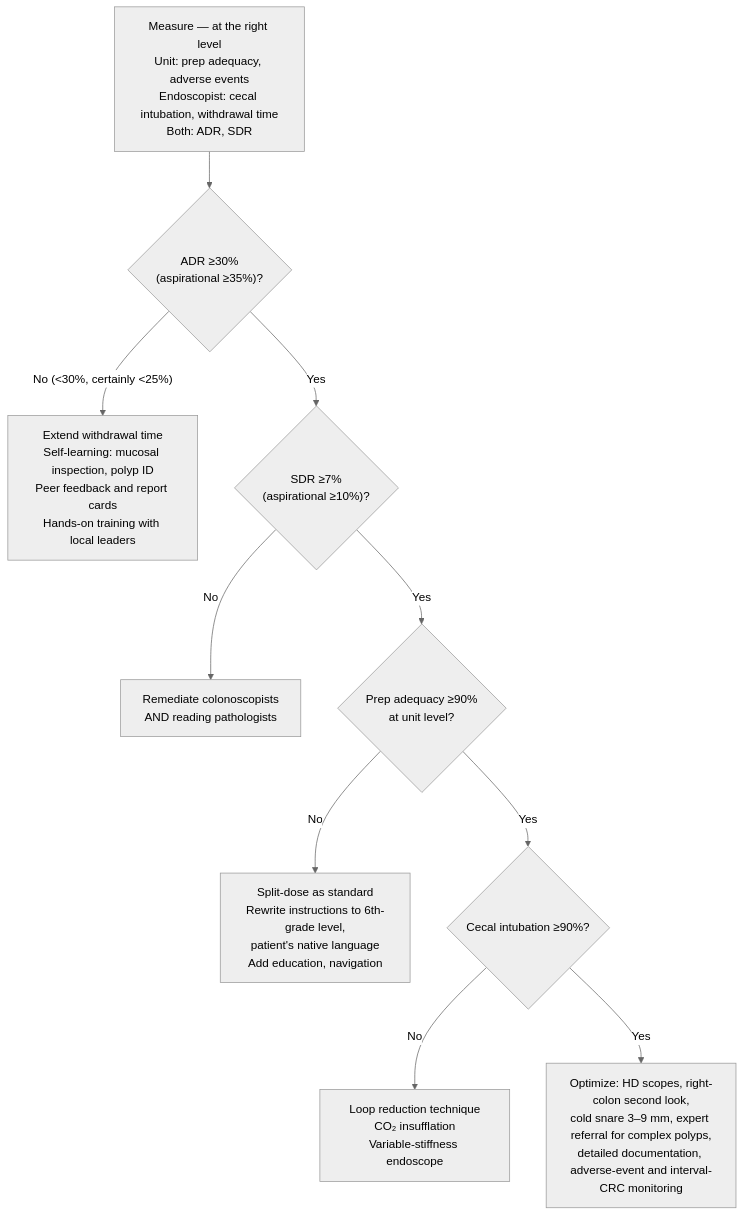
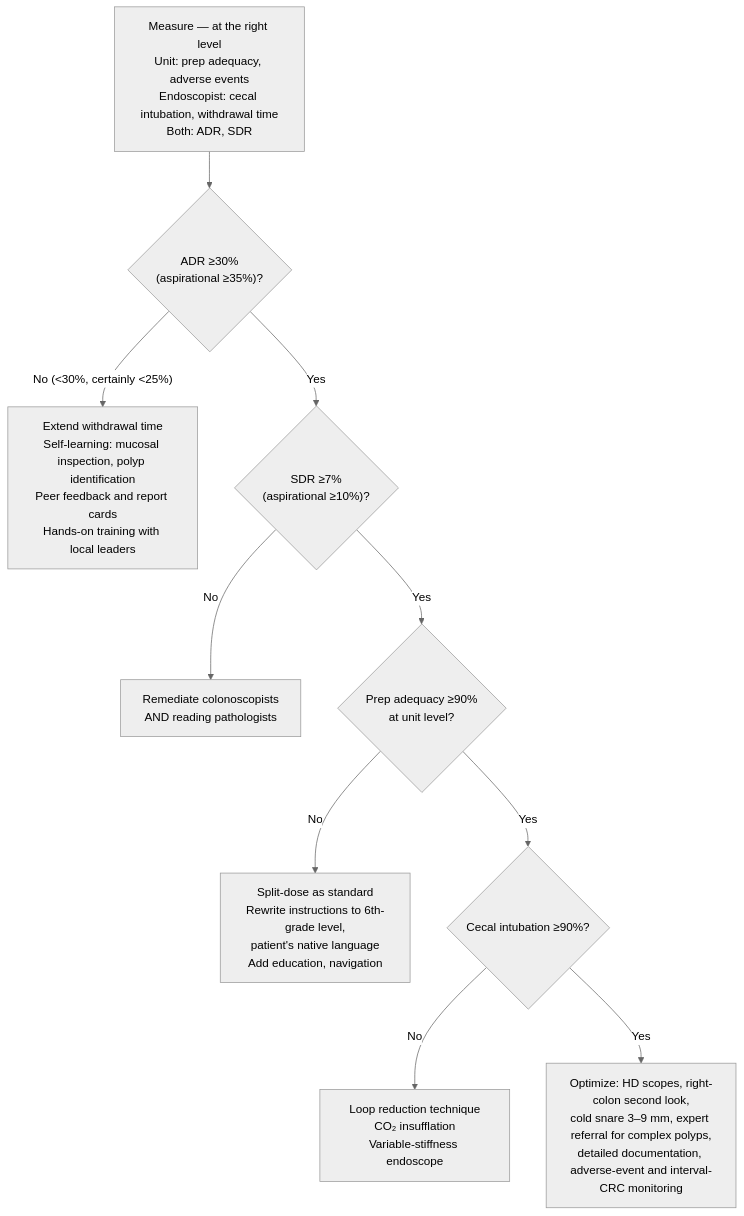
Before and after one commit to KHNickLeMD/KHNL-GI-Wiki: the diagram in KHNL-GI-Wiki/wiki/7-concepts/colonoscopy-quality-indicators.md, drawn with Mermaid (neutral theme). The commit also changed other lines of this file and 620 other files, not shown here.

````diff
--- a/KHNL-GI-Wiki/wiki/7-concepts/colonoscopy-quality-indicators.md
+++ b/KHNL-GI-Wiki/wiki/7-concepts/colonoscopy-quality-indicators.md
@@ -179,12 +179,12 @@
 ```mermaid
 flowchart TD
     A["Measure — at the right level<br/>Unit: prep adequacy, adverse events<br/>Endoscopist: cecal intubation, withdrawal time<br/>Both: ADR, SDR"] --> B{"ADR ≥30%<br/>(aspirational ≥35%)?"}
-    B -- "No (<30%, certainly <25%)" --> C["Extend withdrawal time<br/>Self-learning: mucosal inspection, polyp ID<br/>Peer feedback and report cards<br/>Hands-on training with local leaders"]
+    B -- "No (<30%, certainly <25%)" --> C["Extend withdrawal time<br/>Self-learning: mucosal inspection, polyp identification<br/>Peer feedback and report cards<br/>Hands-on training with local leaders"]
     B -- "Yes" --> D{"SDR ≥7%<br/>(aspirational ≥10%)?"}
     D -- "No" --> E["Remediate colonoscopists<br/>AND reading pathologists"]
     D -- "Yes" --> F{"Prep adequacy ≥90%<br/>at unit level?"}
     F -- "No" --> G["Split-dose as standard<br/>Rewrite instructions to 6th-grade level,<br/>patient's native language<br/>Add education, navigation"]
     F -- "Yes" --> H{"Cecal intubation ≥90%?"}
     H -- "No" --> I["Loop reduction technique<br/>CO₂ insufflation<br/>Variable-stiffness endoscope"]
     H -- "Yes" --> J["Optimize: HD scopes, right-colon second look,<br/>cold snare 3–9 mm, expert referral for complex polyps,<br/>detailed documentation, adverse-event and interval-CRC monitoring"]
 ```
````
